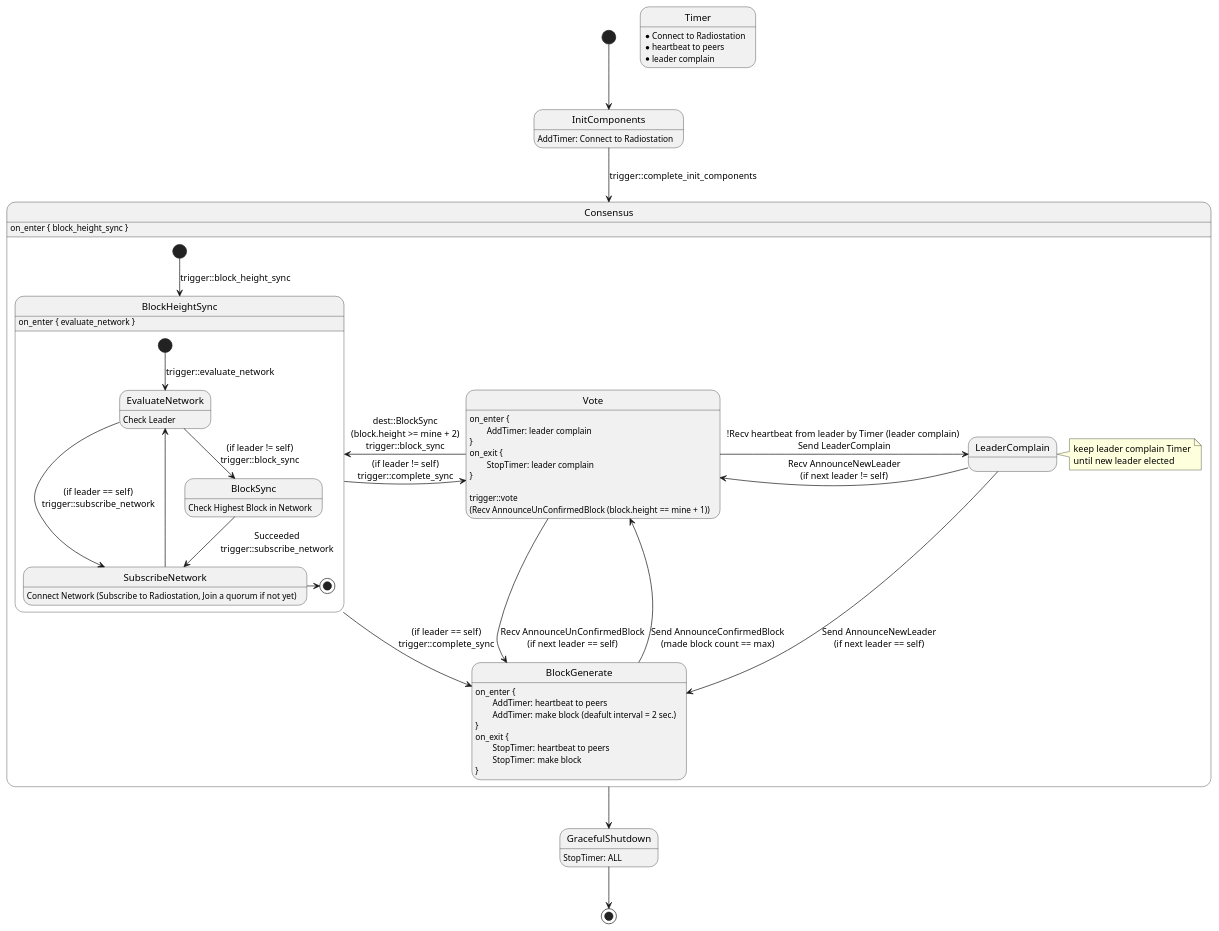
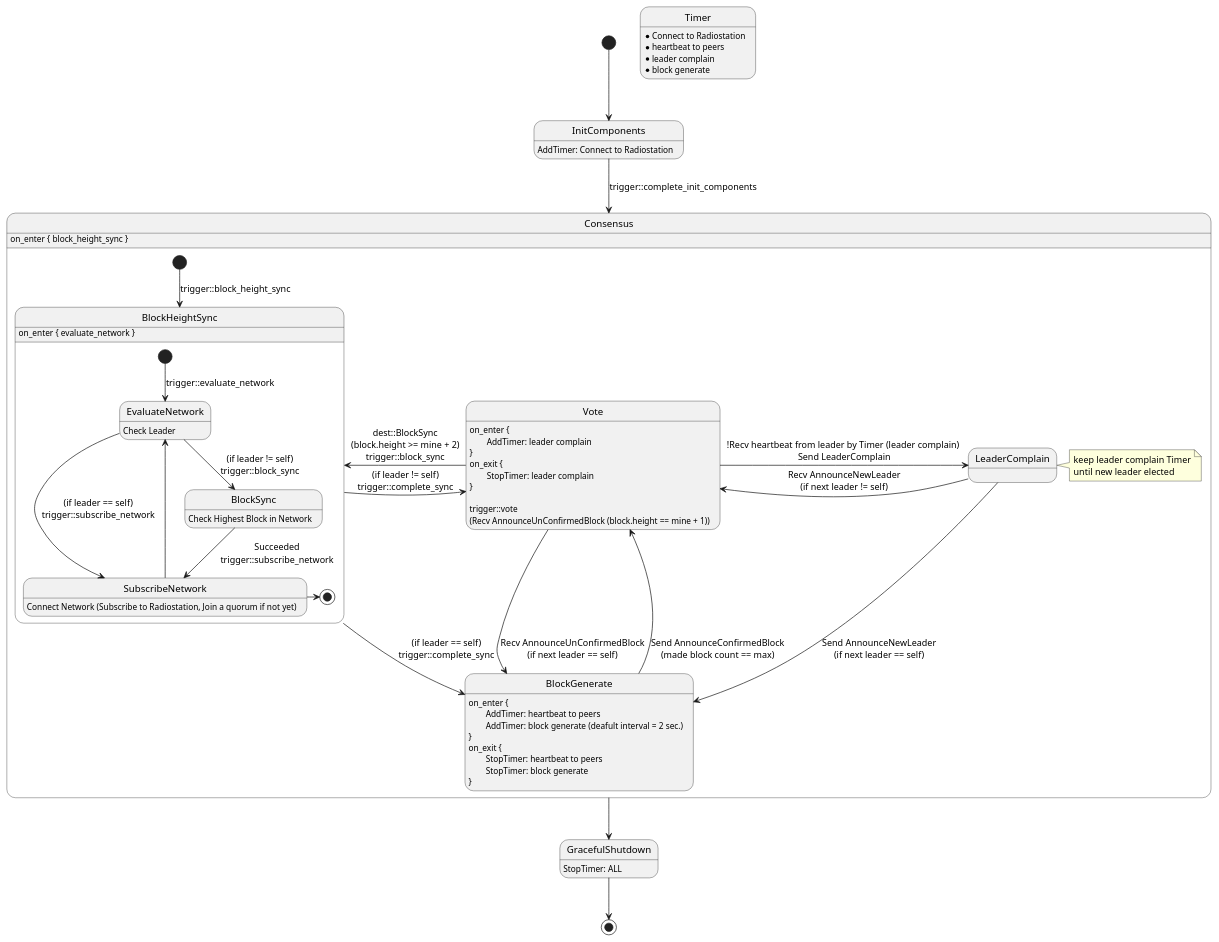
One commit to icon-project/loopchain changed the diagram in docs/8. diagram/state_machine_in_siever.wsd. Above: the diagram before and after it, drawn with PlantUML. The commit also changed 4 other files, not shown here.

```diff
--- a/docs/8. diagram/state_machine_in_siever.wsd
+++ b/docs/8. diagram/state_machine_in_siever.wsd
@@ -1,71 +1,72 @@
 @startuml State Machine in Siever
 
 [*] --> InitComponents
 InitComponents: AddTimer: Connect to Radiostation
 
 InitComponents --> Consensus : trigger::complete_init_components
 
 state Timer
 Timer: * Connect to Radiostation
 Timer: * heartbeat to peers
 Timer: * leader complain
+Timer: * block generate
 
 state Consensus {
     Consensus: on_enter { block_height_sync }
     [*] --> BlockHeightSync : trigger::block_height_sync
 
     state BlockHeightSync {
         [*] --> EvaluateNetwork : trigger::evaluate_network
 
         EvaluateNetwork: Check Leader
         EvaluateNetwork --> BlockSync : (if leader != self)\ntrigger::block_sync
         EvaluateNetwork --> SubscribeNetwork : (if leader == self)\ntrigger::subscribe_network
 
         BlockSync: Check Highest Block in Network
         BlockSync --> SubscribeNetwork : Succeeded\ntrigger::subscribe_network
 
         SubscribeNetwork: Connect Network (Subscribe to Radiostation, Join a quorum if not yet)
         SubscribeNetwork -up-> EvaluateNetwork
         SubscribeNetwork -right-> [*]
     }
     BlockHeightSync: on_enter { evaluate_network }
     BlockHeightSync --> BlockGenerate: (if leader == self)\ntrigger::complete_sync
     BlockHeightSync -> Vote: (if leader != self)\ntrigger::complete_sync
 
     Vote: on_enter {
     Vote: \tAddTimer: leader complain
     Vote: }
     Vote: on_exit {
     Vote: \tStopTimer: leader complain
     Vote: }
     Vote: 
     Vote: trigger::vote\n(Recv AnnounceUnConfirmedBlock (block.height == mine + 1))
     Vote -left-> BlockHeightSync : dest::BlockSync\n(block.height >= mine + 2)\ntrigger::block_sync
     Vote -> BlockGenerate : Recv AnnounceUnConfirmedBlock\n(if next leader == self)
     Vote -> LeaderComplain : !Recv heartbeat from leader by Timer (leader complain) \nSend LeaderComplain
 
     BlockGenerate: on_enter {
     BlockGenerate: \tAddTimer: heartbeat to peers
-    BlockGenerate: \tAddTimer: make block (deafult interval = 2 sec.)
+    BlockGenerate: \tAddTimer: block generate (deafult interval = 2 sec.)
     BlockGenerate: }
     BlockGenerate: on_exit {
     BlockGenerate: \tStopTimer: heartbeat to peers
-    BlockGenerate: \tStopTimer: make block
+    BlockGenerate: \tStopTimer: block generate
     BlockGenerate: }
     BlockGenerate -> Vote : Send AnnounceConfirmedBlock\n(made block count == max)
 
     state LeaderComplain
     note right of LeaderComplain
       keep leader complain Timer
       until new leader elected
     end note
     LeaderComplain -> Vote : Recv AnnounceNewLeader\n(if next leader != self)
     LeaderComplain --> BlockGenerate : Send AnnounceNewLeader\n(if next leader == self)
 }
 
 Consensus --> GracefulShutdown
 
 GracefulShutdown: StopTimer: ALL
 GracefulShutdown --> [*]
 
 @enduml
```
